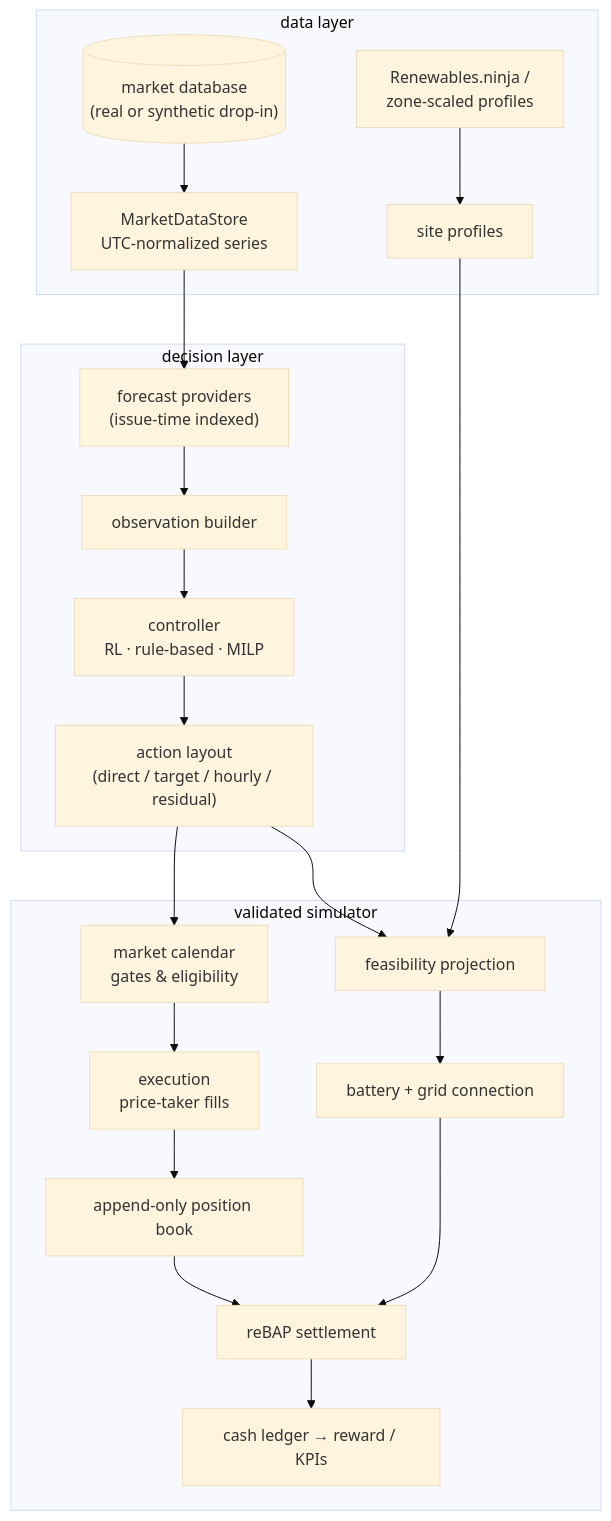
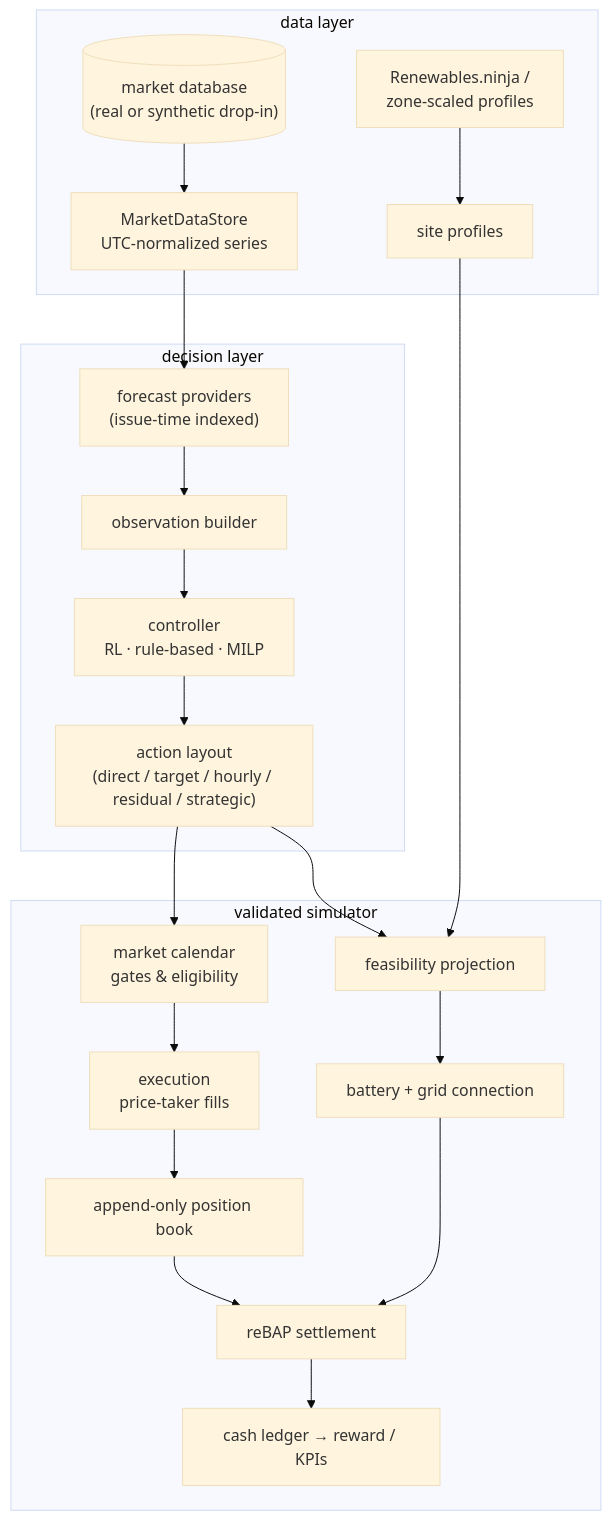
Before and after one commit to skortmann/hybrid-vpp-rl: the diagram in docs/index.md, drawn with Mermaid (base theme). The commit also changed other lines of this file and 8 other files, not shown here.

````diff
--- a/docs/index.md
+++ b/docs/index.md
@@ -23,24 +23,24 @@
 ```mermaid
 flowchart TB
     subgraph data["data layer"]
         DB[("market database<br/>(real or synthetic drop-in)")] --> STORE["MarketDataStore<br/>UTC-normalized series"]
         NINJA["Renewables.ninja /<br/>zone-scaled profiles"] --> PROF["site profiles"]
     end
     subgraph decision["decision layer"]
         STORE --> FC["forecast providers<br/>(issue-time indexed)"]
         FC --> OBS["observation builder"]
         OBS --> POLICY["controller<br/>RL · rule-based · MILP"]
-        POLICY --> LAYOUT["action layout<br/>(direct / target / hourly / residual)"]
+        POLICY --> LAYOUT["action layout<br/>(direct / target / hourly / residual / strategic)"]
     end
     subgraph sim["validated simulator"]
         LAYOUT --> CAL["market calendar<br/>gates & eligibility"]
         CAL --> EXEC["execution<br/>price-taker fills"]
         LAYOUT --> FEAS["feasibility projection"]
         PROF --> FEAS
         FEAS --> BESS["battery + grid connection"]
         EXEC --> BOOK["append-only position book"]
         BOOK --> SETTLE["reBAP settlement"]
         BESS --> SETTLE
         SETTLE --> LEDGER["cash ledger → reward / KPIs"]
     end
 ```
````
